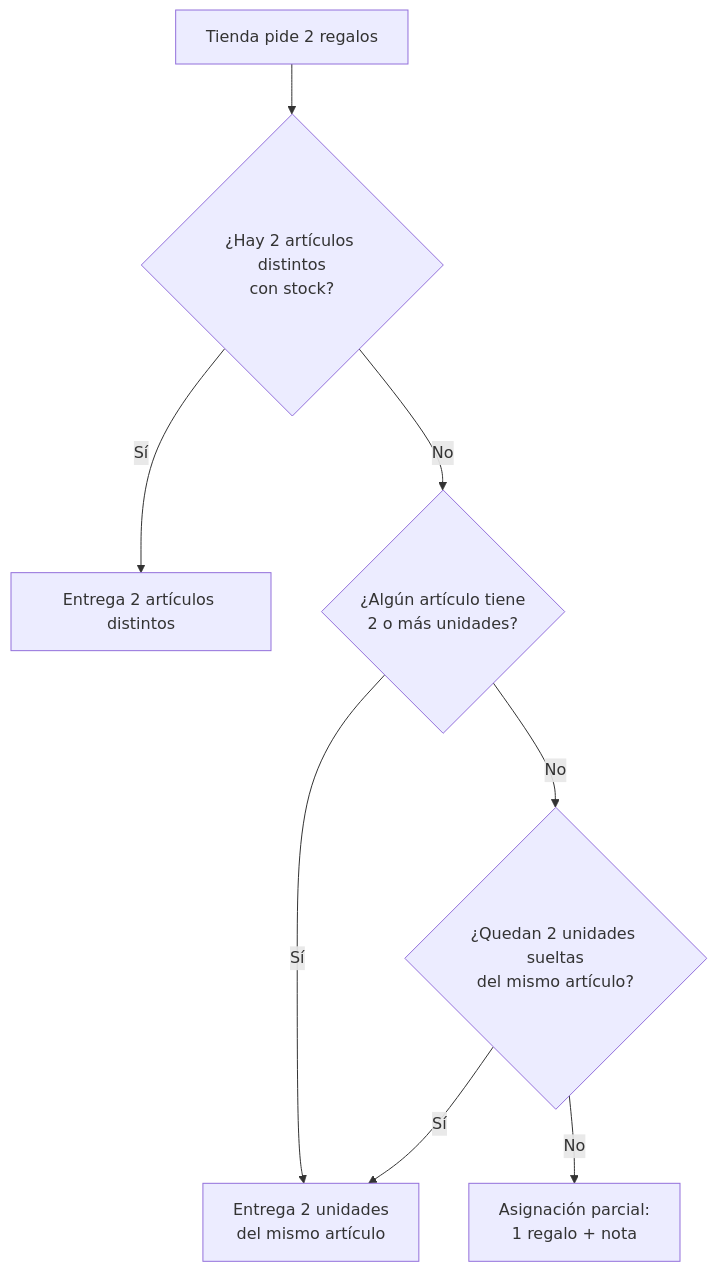
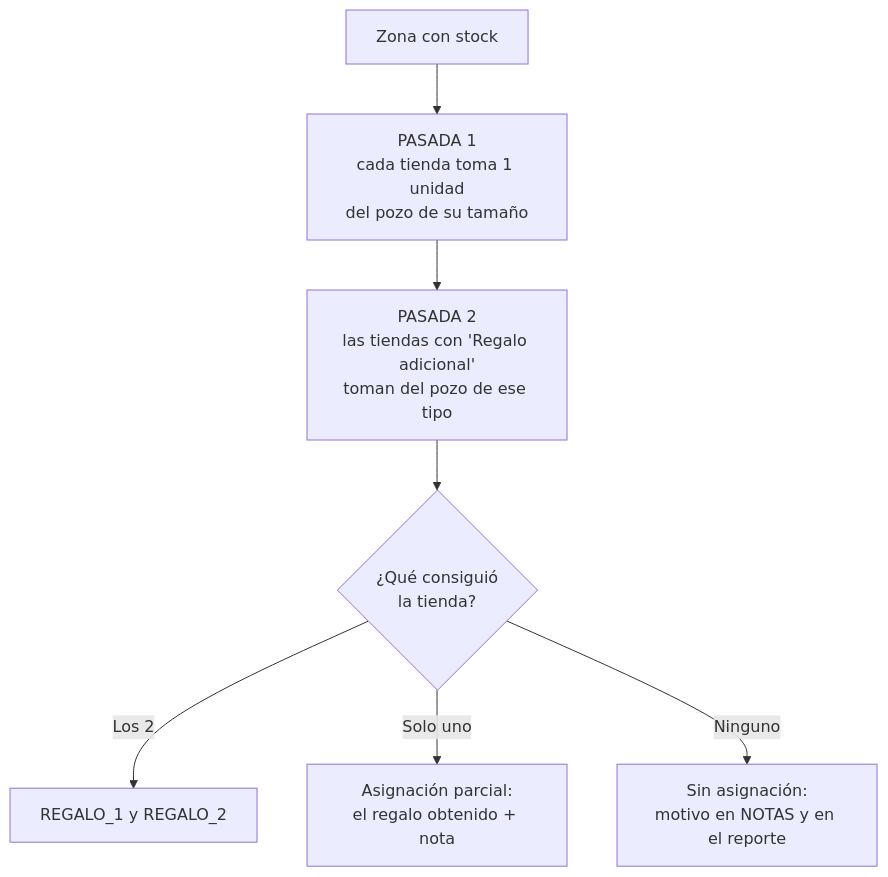
Before and after one commit to MSiqueros/asignador_de_regalos: the diagram in README.md, drawn with Mermaid. The commit also changed other lines of this file, not shown here.

Commit message:
Documenta el regalo adicional y la prioridad del primer regalo

````diff
--- a/README.md
+++ b/README.md
@@ -120,10 +142,9 @@
 ```mermaid
 flowchart TD
-    A["Tienda pide 2 regalos"] --> B{"¿Hay 2 artículos distintos<br/>con stock?"}
-    B -- Sí --> C["Entrega 2 artículos distintos"]
-    B -- No --> D{"¿Algún artículo tiene<br/>2 o más unidades?"}
-    D -- Sí --> E["Entrega 2 unidades<br/>del mismo artículo"]
-    D -- No --> F{"¿Quedan 2 unidades sueltas<br/>del mismo artículo?"}
-    F -- Sí --> E
-    F -- No --> G["Asignación parcial:<br/>1 regalo + nota"]
+    A["Zona con stock"] --> B["PASADA 1<br/>cada tienda toma 1 unidad<br/>del pozo de su tamaño"]
+    B --> C["PASADA 2<br/>las tiendas con 'Regalo adicional'<br/>toman del pozo de ese tipo"]
+    C --> D{"¿Qué consiguió<br/>la tienda?"}
+    D -- "Los 2" --> E["REGALO_1 y REGALO_2"]
+    D -- "Solo uno" --> F["Asignación parcial:<br/>el regalo obtenido + nota"]
+    D -- "Ninguno" --> G["Sin asignación:<br/>motivo en NOTAS y en el reporte"]
 ```
````
